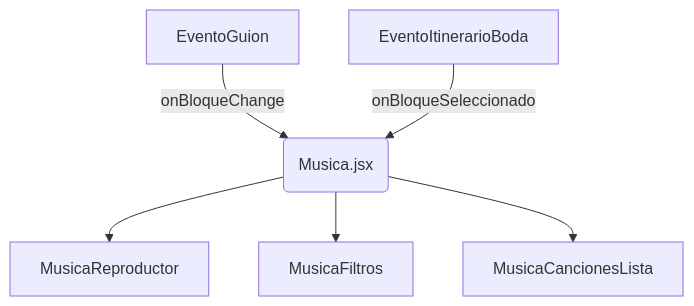
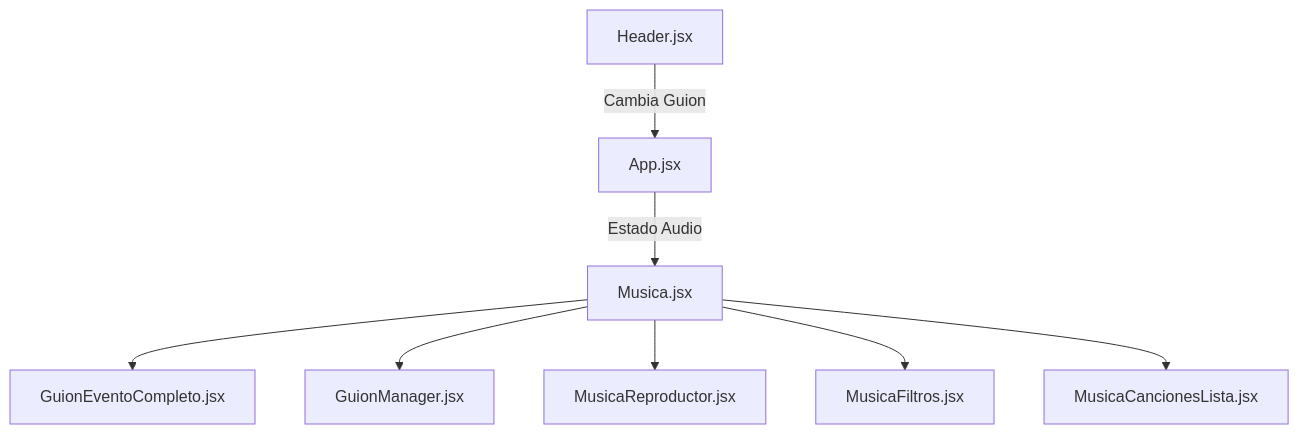
The first of 3 diagrams in README.md (alejandrobavaro/reproductormp3dj), drawn with Mermaid before and after one commit. The commit also changed other lines of this file and 57 other files, not shown here.

````diff
--- a/README.md
+++ b/README.md
@@ -89,8 +20,11 @@
 ```mermaid
 graph TD
-    A[EventoGuion] -->|"onBloqueChange"| C(Musica.jsx)
-    B[EventoItinerarioBoda] -->|"onBloqueSeleccionado"| C
-    C --> D[MusicaReproductor]
-    C --> E[MusicaFiltros]
-    C --> F[MusicaCancionesLista]
+    A[App.jsx] -->|Estado Audio| B[Musica.jsx]
+    B --> C[GuionEventoCompleto.jsx]
+    B --> D[GuionManager.jsx]
+    B --> E[MusicaReproductor.jsx]
+    B --> F[MusicaFiltros.jsx]
+    B --> G[MusicaCancionesLista.jsx]
+    
+    H[Header.jsx] -->|Cambia Guion| A
 ```
````
